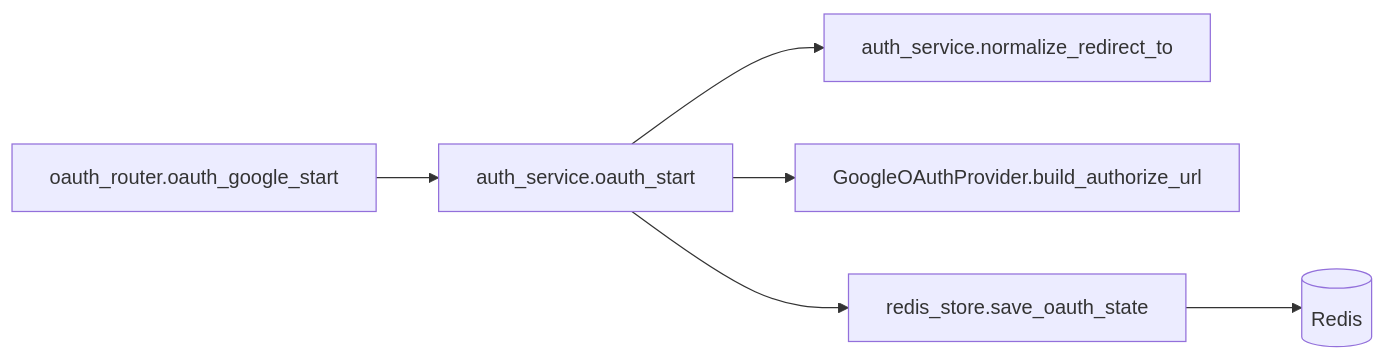
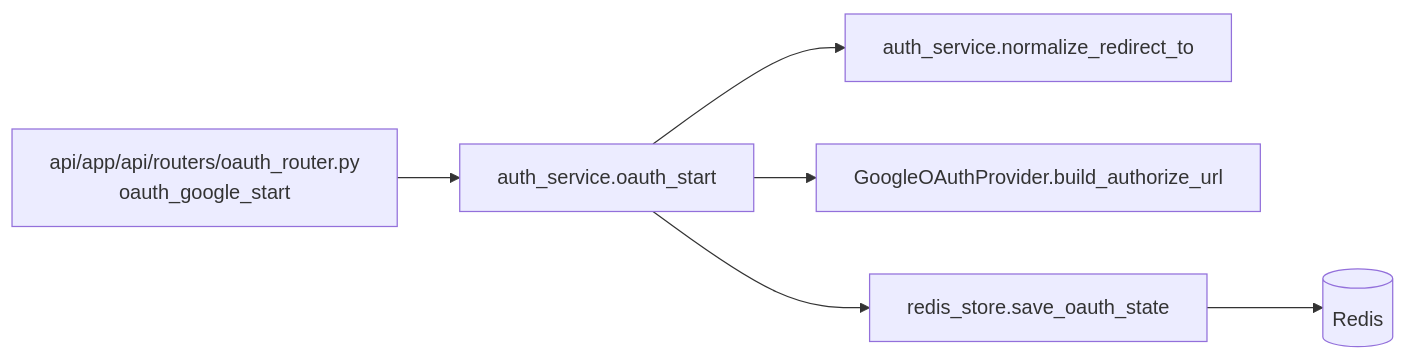
The third of 4 diagrams in docs/detailed_design/api/auth/11_get_auth_oauth_google.md (oikawa-d/task_management), drawn with Mermaid before and after one commit. The commit also changed other lines of this file and 2 other files, not shown here.

Commit message:
docs: OAuth routerの配置方針を統一 (#395)

````diff
--- a/docs/detailed_design/api/auth/11_get_auth_oauth_google.md
+++ b/docs/detailed_design/api/auth/11_get_auth_oauth_google.md
@@ -203,8 +211,8 @@
 ```mermaid
 flowchart LR
-    R["oauth_router.oauth_google_start"] --> S["auth_service.oauth_start"]
+    R["api/app/api/routers/oauth_router.py<br/>oauth_google_start"] --> S["auth_service.oauth_start"]
     S --> N["auth_service.normalize_redirect_to"]
     S --> OA["GoogleOAuthProvider.build_authorize_url"]
     S --> RS["redis_store.save_oauth_state"]
     RS --> RD[("Redis")]
 ```
````
